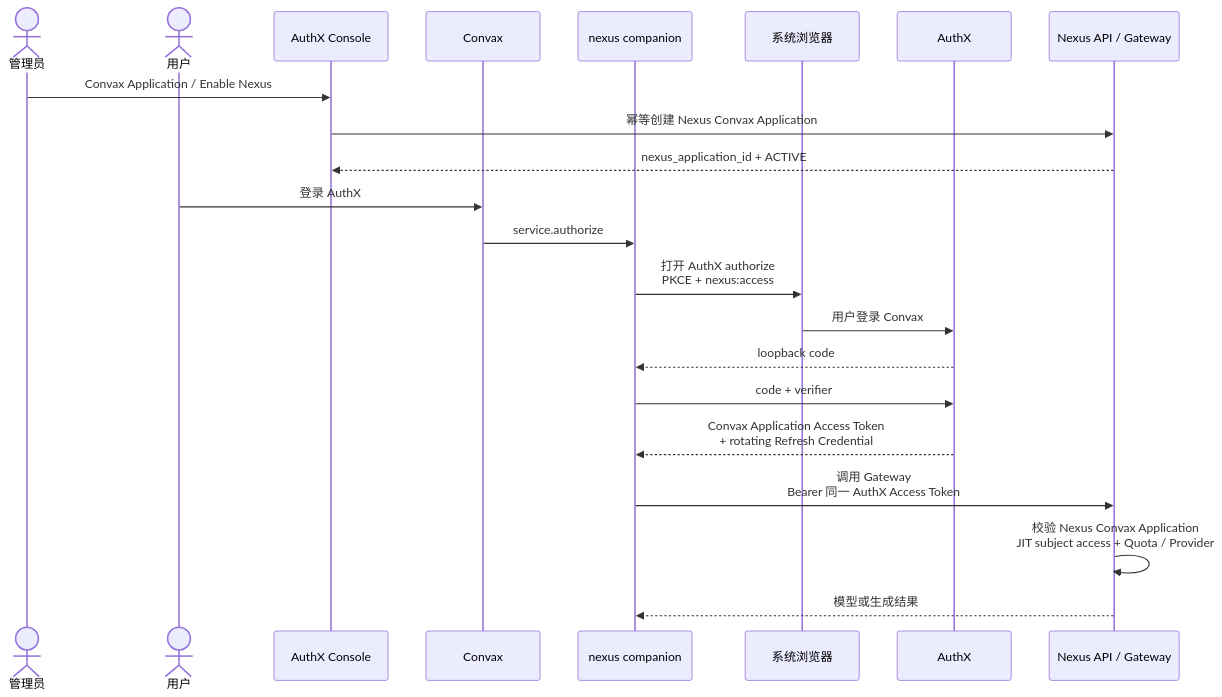
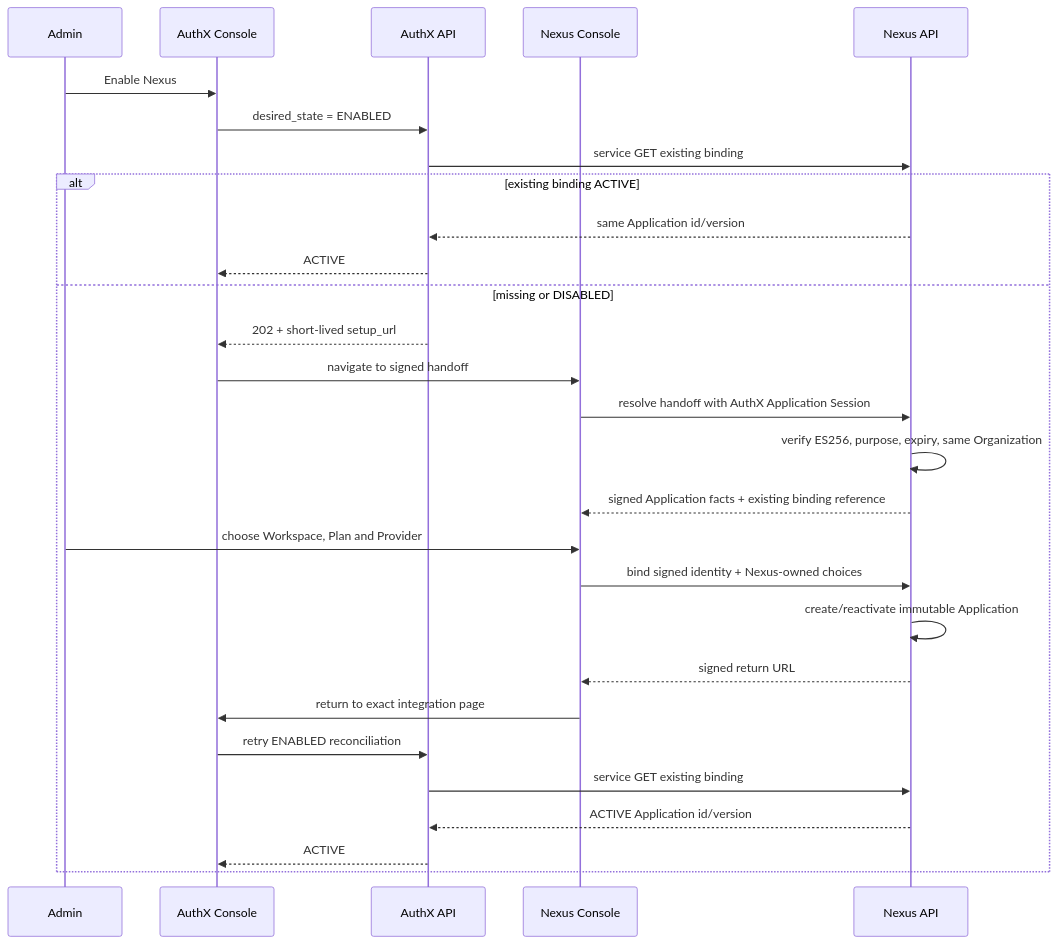
The diagram in docs/nexus-service-integration.md (convaxai/convax), drawn with Mermaid before and after one commit. The commit also changed other lines of this file and 3 other files, not shown here.

First line of the commit message:
docs(nexus): define administrator binding handoff

````diff
--- a/docs/nexus-service-integration.md
+++ b/docs/nexus-service-integration.md
@@ -96,25 +39,31 @@
 ```mermaid
 sequenceDiagram
-  actor Admin as 管理员
-  actor User as 用户
+  participant Admin
   participant AuthXConsole as AuthX Console
-  participant Convax as Convax
-  participant Companion as nexus companion
-  participant Browser as 系统浏览器
-  participant AuthX as AuthX
-  participant Nexus as Nexus API / Gateway
+  participant AuthX as AuthX API
+  participant NexusConsole as Nexus Console
+  participant Nexus as Nexus API
 
-  Admin->>AuthXConsole: Convax Application / Enable Nexus
-  AuthXConsole->>Nexus: 幂等创建 Nexus Convax Application
-  Nexus-->>AuthXConsole: nexus_application_id + ACTIVE
-  User->>Convax: 登录 AuthX
-  Convax->>Companion: service.authorize
-  Companion->>Browser: 打开 AuthX authorize<br/>PKCE + nexus:access
-  Browser->>AuthX: 用户登录 Convax
-  AuthX-->>Companion: loopback code
-  Companion->>AuthX: code + verifier
-  AuthX-->>Companion: Convax Application Access Token<br/>+ rotating Refresh Credential
-  Companion->>Nexus: 调用 Gateway<br/>Bearer 同一 AuthX Access Token
-  Nexus->>Nexus: 校验 Nexus Convax Application<br/>JIT subject access + Quota / Provider
-  Nexus-->>Companion: 模型或生成结果
+  Admin->>AuthXConsole: Enable Nexus
+  AuthXConsole->>AuthX: desired_state = ENABLED
+  AuthX->>Nexus: service GET existing binding
+  alt existing binding ACTIVE
+    Nexus-->>AuthX: same Application id/version
+    AuthX-->>AuthXConsole: ACTIVE
+  else missing or DISABLED
+    AuthX-->>AuthXConsole: 202 + short-lived setup_url
+    AuthXConsole->>NexusConsole: navigate to signed handoff
+    NexusConsole->>Nexus: resolve handoff with AuthX Application Session
+    Nexus->>Nexus: verify ES256, purpose, expiry, same Organization
+    Nexus-->>NexusConsole: signed Application facts + existing binding reference
+    Admin->>NexusConsole: choose Workspace, Plan and Provider
+    NexusConsole->>Nexus: bind signed identity + Nexus-owned choices
+    Nexus->>Nexus: create/reactivate immutable Application
+    Nexus-->>NexusConsole: signed return URL
+    NexusConsole->>AuthXConsole: return to exact integration page
+    AuthXConsole->>AuthX: retry ENABLED reconciliation
+    AuthX->>Nexus: service GET existing binding
+    Nexus-->>AuthX: ACTIVE Application id/version
+    AuthX-->>AuthXConsole: ACTIVE
+  end
 ```
````
